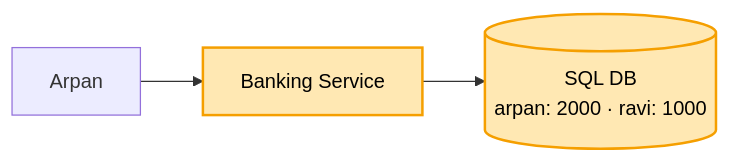
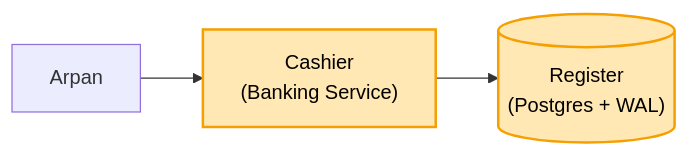
The first of 4 diagrams in 04_HLD/SYSTEM_DESIGNS/13_banking_system/13_banking_system.md (ArpanMaheshwari144/Prep), drawn with Mermaid before and after one commit. The commit also changed other lines of this file and 13 other files, not shown here.

````diff
--- a/04_HLD/SYSTEM_DESIGNS/13_banking_system/13_banking_system.md
+++ b/04_HLD/SYSTEM_DESIGNS/13_banking_system/13_banking_system.md
@@ -62,7 +38,7 @@
 ```mermaid
 flowchart LR
-    U["Arpan"] --> S["Banking Service"]
-    S --> D[("SQL DB<br/>arpan: 2000 · ravi: 1000")]
-    style S fill:#ffe8b3,stroke:#f59f00,stroke-width:2px,color:#000
-    style D fill:#ffe8b3,stroke:#f59f00,stroke-width:2px,color:#000
+    A["Arpan"] --> C["Cashier<br/>(Banking Service)"]
+    C --> R[("Register<br/>(Postgres + WAL)")]
+    style C fill:#ffe8b3,stroke:#f59f00,stroke-width:2px,color:#000
+    style R fill:#ffe8b3,stroke:#f59f00,stroke-width:2px,color:#000
 ```
````
